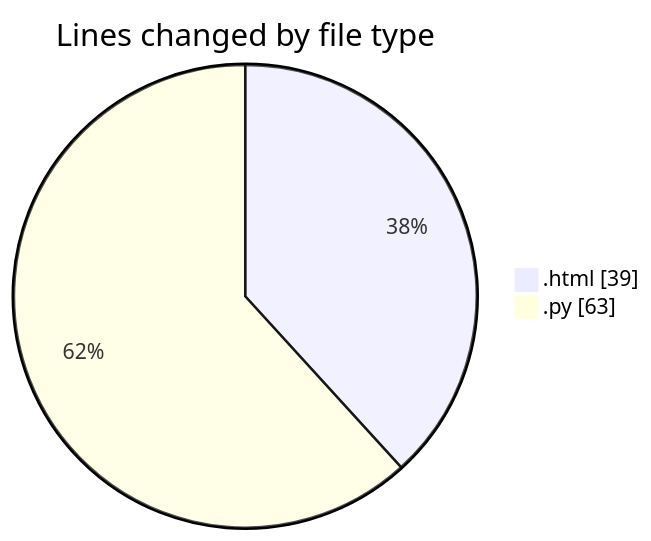
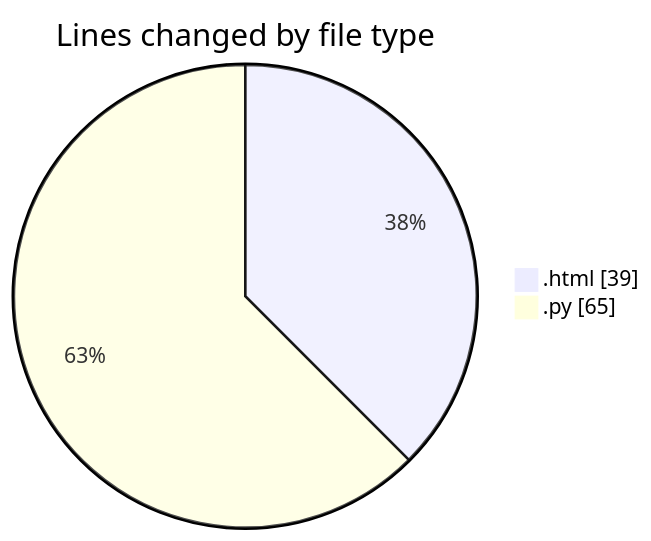
The first of 2 diagrams in 2025-06-22/___base/README.md (Ritupan-Deka/code-tracking), drawn with Mermaid before and after one commit. The commit also changed other lines of this file and 1 other file, not shown here.

````diff
--- a/2025-06-22/___base/README.md
+++ b/2025-06-22/___base/README.md
@@ -21,6 +21,6 @@
 ```mermaid
 pie showData
 title Lines changed by file type
 ".html" : 39
-".py" : 63
+".py" : 65
 ```
````
